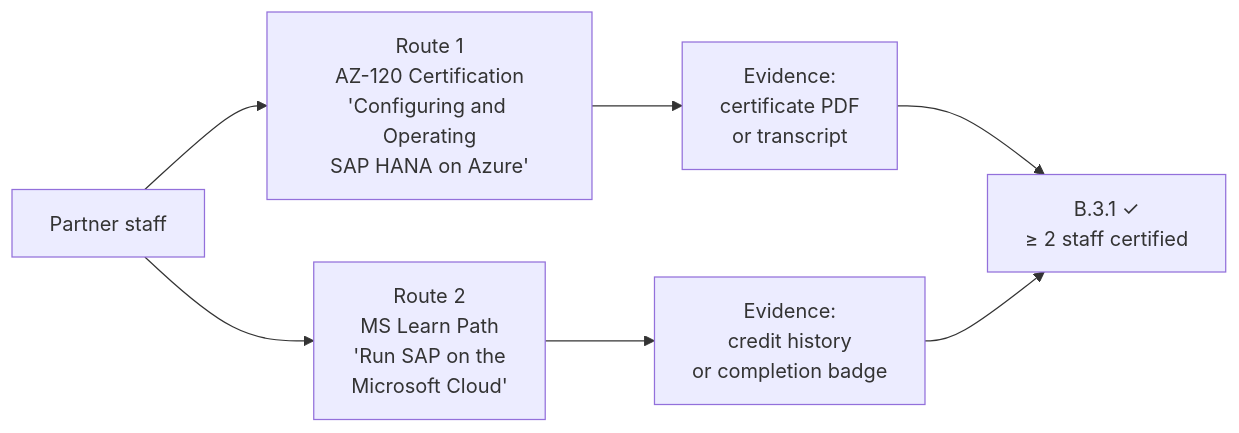
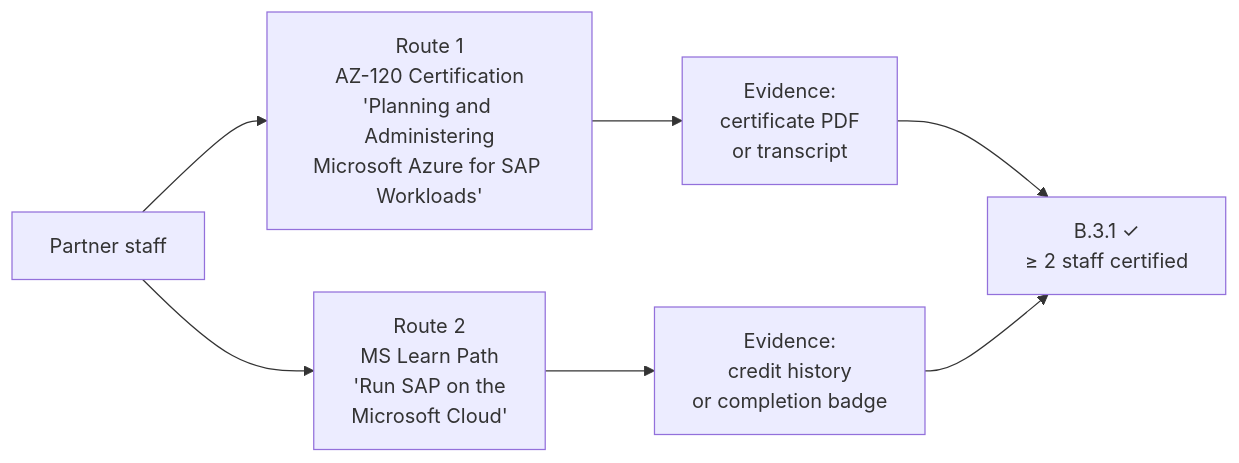
Before and after one commit to NikoMix/microhack-sap-on-azure: the diagram in site/src/content/docs/modules/b31-skilling.mdx, drawn with Mermaid. The commit also changed other lines of this file and 11 other files, not shown here.

````diff
--- a/site/src/content/docs/modules/b31-skilling.mdx
+++ b/site/src/content/docs/modules/b31-skilling.mdx
@@ -21,10 +21,10 @@
 ```mermaid
 flowchart LR
     staff[Partner staff]
-    staff --> r1["Route 1\nAZ-120 Certification\n'Configuring and Operating\nSAP HANA on Azure'"]
+    staff --> r1["Route 1\nAZ-120 Certification\n'Planning and Administering\nMicrosoft Azure for SAP Workloads'"]
     staff --> r2["Route 2\nMS Learn Path\n'Run SAP on the\nMicrosoft Cloud'"]
     r1 --> evidence["Evidence:\ncertificate PDF\nor transcript"]
     r2 --> evidence2["Evidence:\ncredit history\nor completion badge"]
     evidence --> b31["B.3.1 ✓\n≥ 2 staff certified"]
     evidence2 --> b31
 ```
````
